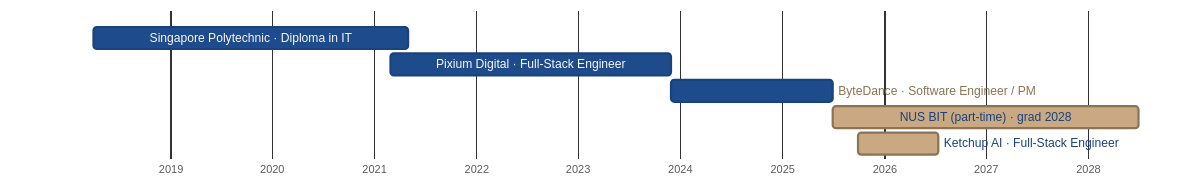
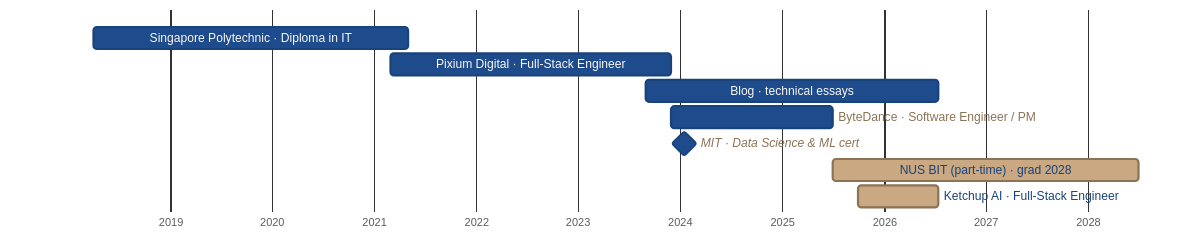
One commit to enkr1/enkr1 changed the diagram in README.md. Above: the diagram before and after it, drawn with Mermaid.

Commit message:
✨ feat(readme): add blog + MIT cert to the timeline
Blog technical-essays bar (2023-now) and an MIT Data Science & ML cert
milestone (2024) round out the professional story. Gold stays scarce
(only the two active tracks) so the accent keeps meaning "current".

````diff
--- a/README.md
+++ b/README.md
@@ -19,12 +19,14 @@
 ```mermaid
 %%{init: {'theme':'base','themeVariables':{'taskBkgColor':'#1E4B8C','taskBorderColor':'#19437B','activeTaskBkgColor':'#C9A882','activeTaskBorderColor':'#8B7355','taskTextColor':'#FBF8F3','taskTextLightColor':'#FBF8F3','taskTextDarkColor':'#19437B','taskTextOutsideColor':'#8B7355','gridColor':'rgba(139,115,85,0.25)','todayLineColor':'#E5484D','sectionBkgColor':'rgba(0,0,0,0)','altSectionBkgColor':'rgba(0,0,0,0)','fontFamily':'Cormorant Garamond, Georgia, serif'}}}%%
 gantt
     dateFormat YYYY-MM-DD
     axisFormat %Y
     todayMarker stroke:#E5484D,stroke-width:3px,opacity:1
     Singapore Polytechnic · Diploma in IT :2018-04-01, 2021-05-01
     Pixium Digital · Full-Stack Engineer  :2021-03-01, 2023-12-01
-    ByteDance · Software Engineer / PM    :2023-12-01, 2025-07-01
-    NUS BIT (part-time) · grad 2028       :active, 2025-07-01, 2028-07-01
-    Ketchup AI · Full-Stack Engineer      :active, 2025-10-01, 2026-07-14
+    Blog · technical essays               :2023-09-01, 2026-07-15
+    ByteDance · Software Engineer / PM     :2023-12-01, 2025-07-01
+    MIT · Data Science & ML cert           :milestone, 2024-01-15, 0d
+    NUS BIT (part-time) · grad 2028        :active, 2025-07-01, 2028-07-01
+    Ketchup AI · Full-Stack Engineer       :active, 2025-10-01, 2026-07-15
 ```
````
